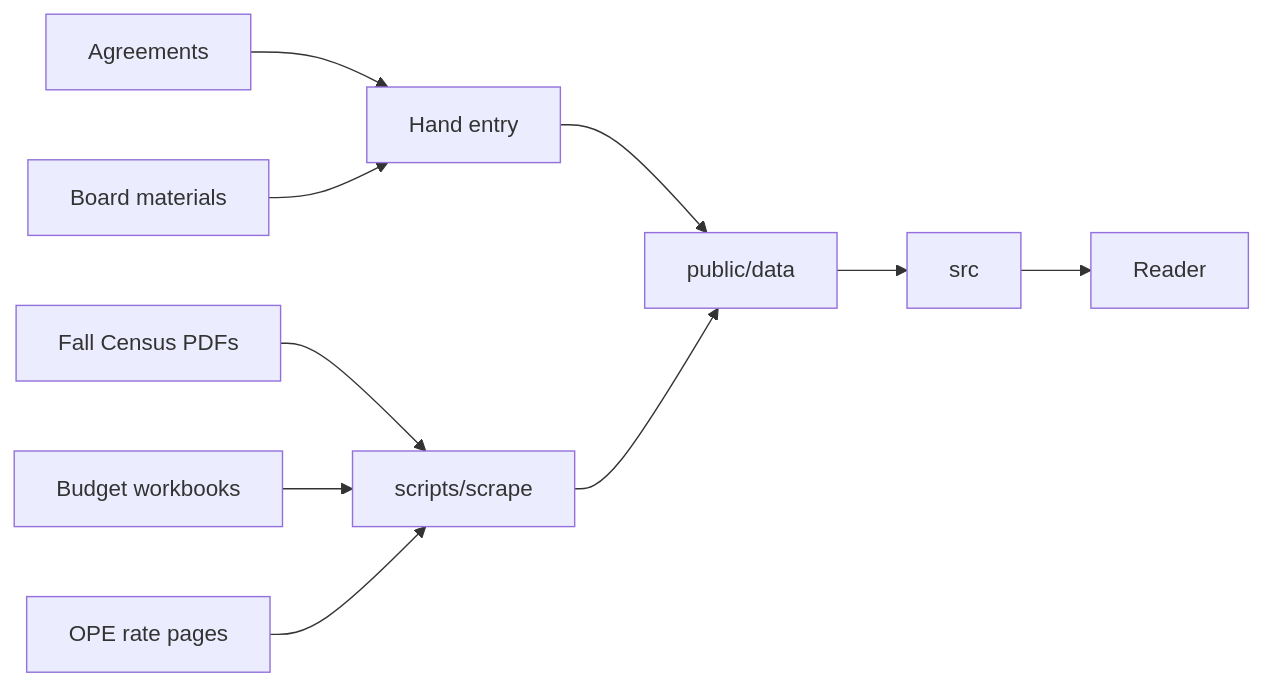
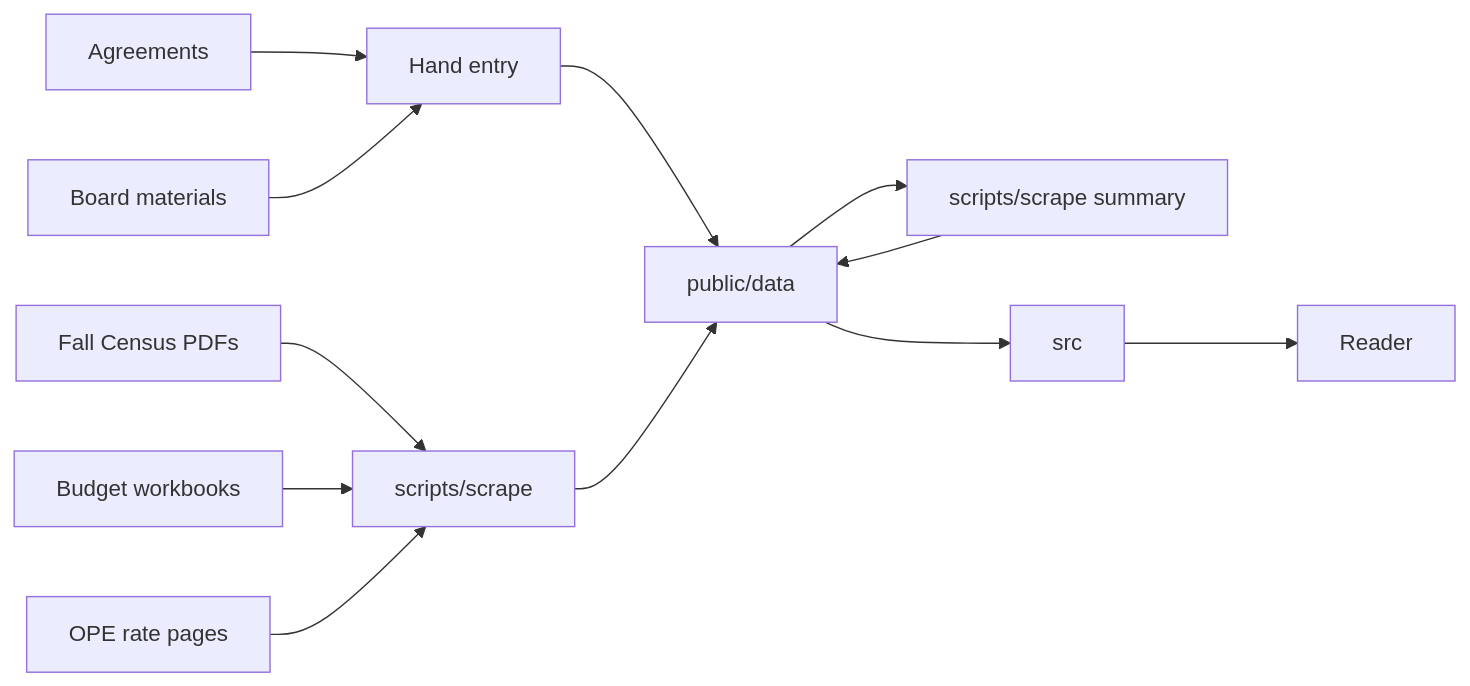
The diagram in ARCHITECTURE.md (uofinancials/uofinancials.github.io), drawn with Mermaid before and after one commit. The commit also changed other lines of this file and 32 other files, not shown here.

````diff
--- a/ARCHITECTURE.md
+++ b/ARCHITECTURE.md
@@ -47,12 +53,14 @@
 ```mermaid
 flowchart LR
   pdfs[Fall Census PDFs] --> scrape[scripts/scrape]
   xlsx[Budget workbooks] --> scrape
   html[OPE rate pages] --> scrape
   cba[Agreements] --> hand[Hand entry]
   board[Board materials] --> hand
   hand --> json[public/data]
   scrape --> json[public/data]
+  json --> summary[scripts/scrape summary]
+  summary --> json
   json --> site[src]
   site --> reader[Reader]
 ```
````
